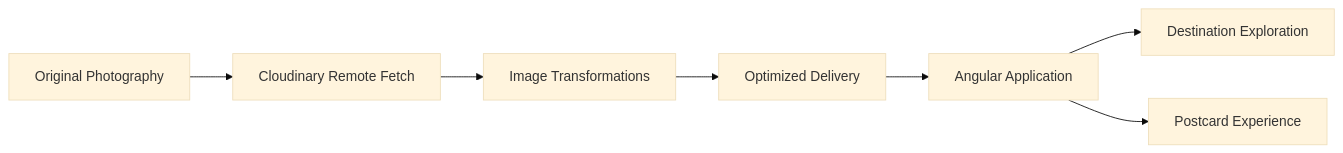
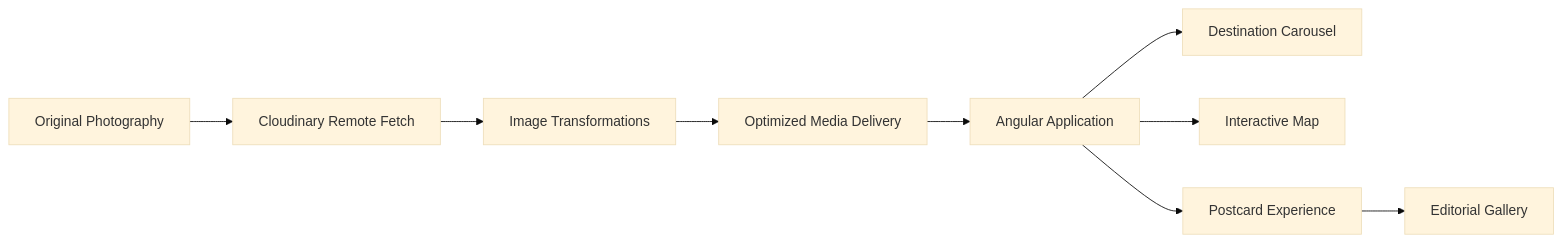
Before and after one commit to Ezequie1Sc/frontend: the first of 5 diagrams in README.md, drawn with Mermaid (base theme). The commit also changed other lines of this file, not shown here.

Commit message:
docs(readme): refresh project documentation and expanded editorial experience

````diff
--- a/README.md
+++ b/README.md
@@ -168,9 +295,11 @@
 ```mermaid
 flowchart LR
     A[Original Photography] --> B[Cloudinary Remote Fetch]
     B --> C[Image Transformations]
-    C --> D[Optimized Delivery]
+    C --> D[Optimized Media Delivery]
     D --> E[Angular Application]
-    E --> F[Destination Exploration]
-    E --> G[Postcard Experience]
+    E --> F[Destination Carousel]
+    E --> G[Interactive Map]
+    E --> H[Postcard Experience]
+    H --> I[Editorial Gallery]
 ```
````
